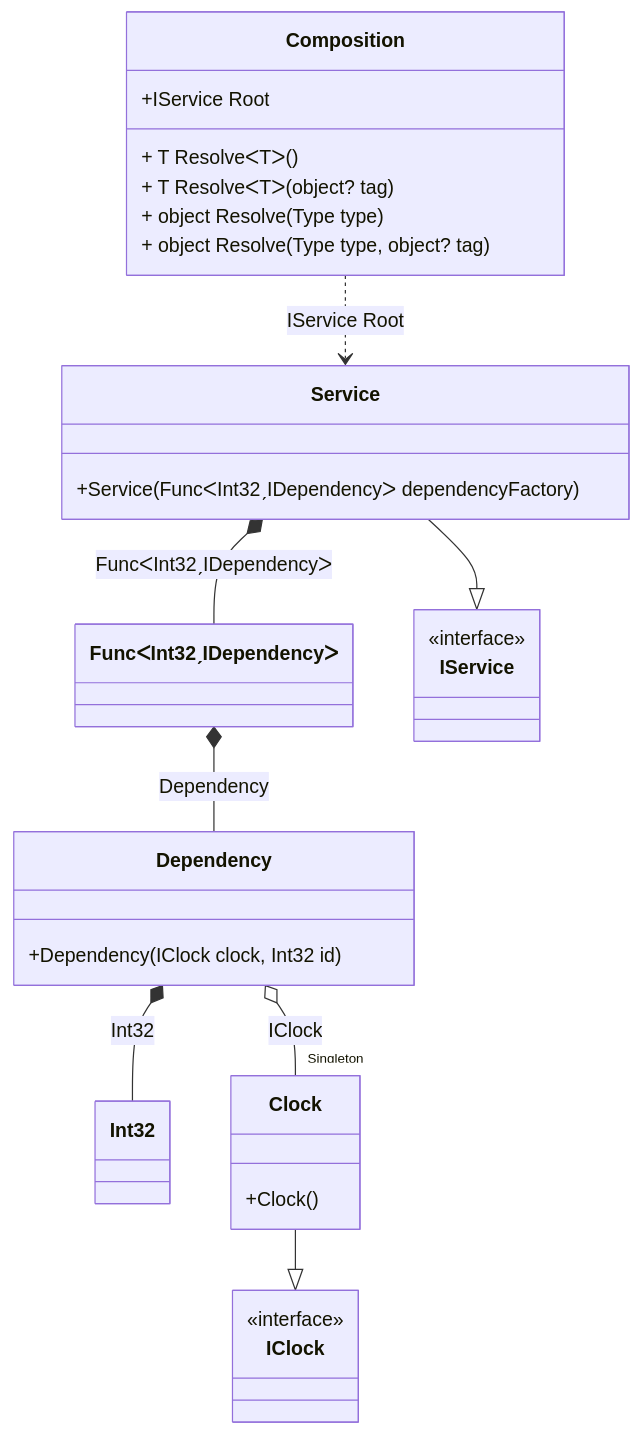
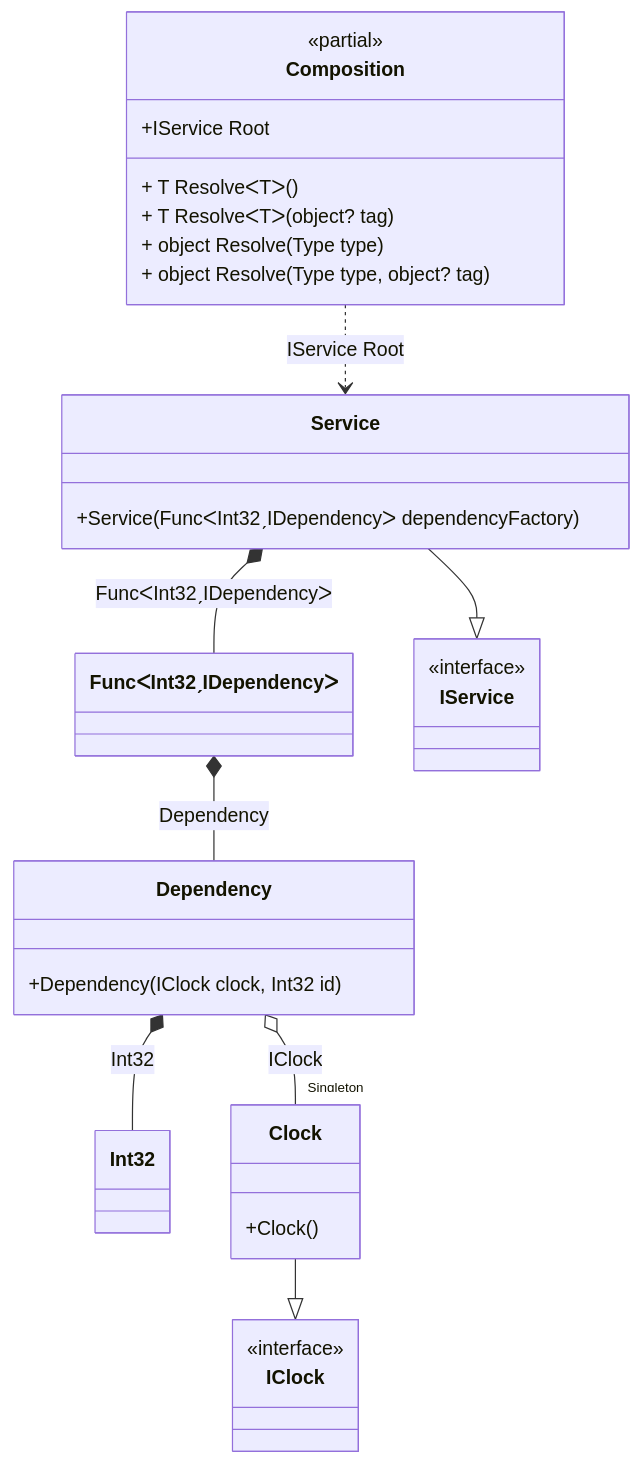
Before and after one commit to DevTeam/Pure.DI: the diagram in readme/func-with-arguments.md, drawn with Mermaid. The commit also changed 74 other files, not shown here.

Commit message:
Improved class diagram

````diff
--- a/readme/func-with-arguments.md
+++ b/readme/func-with-arguments.md
@@ -71,34 +71,35 @@
 ```mermaid
 classDiagram
 	class Composition {
+		<<partial>>
 		+IService Root
 		+ T ResolveᐸTᐳ()
 		+ T ResolveᐸTᐳ(object? tag)
 		+ object Resolve(Type type)
 		+ object Resolve(Type type, object? tag)
 	}
 	class Dependency {
 		+Dependency(IClock clock, Int32 id)
 	}
 	class Int32
 	class FuncᐸInt32ˏIDependencyᐳ
 	Clock --|> IClock : 
 	class Clock {
 		+Clock()
 	}
 	Service --|> IService : 
 	class Service {
 		+Service(FuncᐸInt32ˏIDependencyᐳ dependencyFactory)
 	}
 	class IClock {
 		<<interface>>
 	}
 	class IService {
 		<<interface>>
 	}
-	Dependency o--  "Singleton" Clock : IClock
+	Dependency o-- "Singleton" Clock : IClock
 	Dependency *--  Int32 : Int32
 	FuncᐸInt32ˏIDependencyᐳ *--  Dependency : Dependency
 	Service *--  FuncᐸInt32ˏIDependencyᐳ : FuncᐸInt32ˏIDependencyᐳ
 	Composition ..> Service : IService Root
 ```
````
